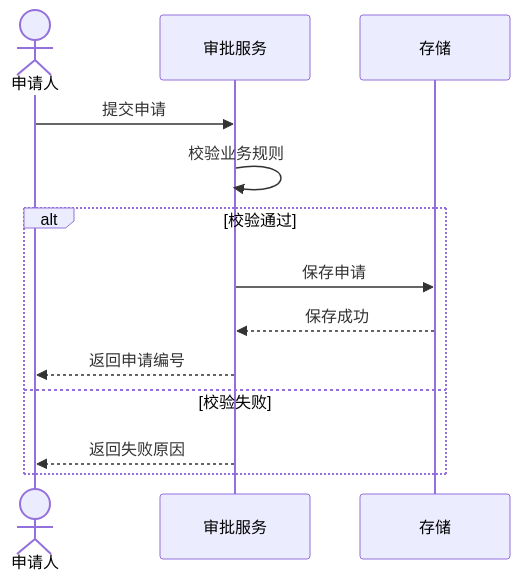
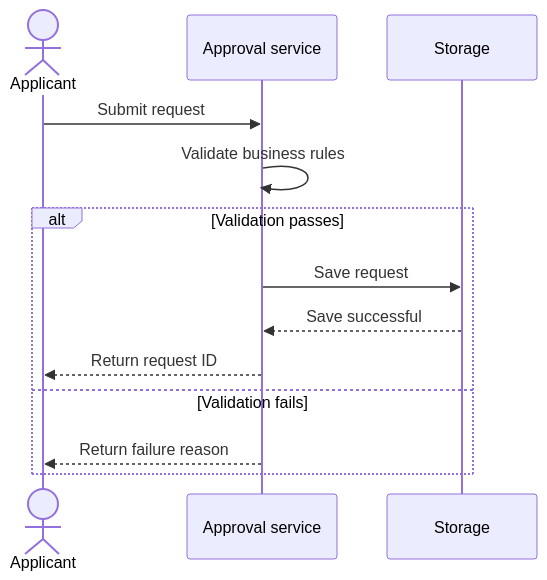
One commit to kobe8bryant24lakers/kobe-agent-kit changed the third of 5 diagrams in .agents/skills/software-design/references/views.md. Above: the diagram before and after it, drawn with Mermaid. The commit also changed other lines of this file and 9 other files, not shown here.

````diff
--- a/.agents/skills/software-design/references/views.md
+++ b/.agents/skills/software-design/references/views.md
@@ -66,15 +68,15 @@
 ```mermaid
 sequenceDiagram
-    actor Applicant as 申请人
-    participant Service as 审批服务
-    participant Store as 存储
-    Applicant->>Service: 提交申请
-    Service->>Service: 校验业务规则
-    alt 校验通过
-        Service->>Store: 保存申请
-        Store-->>Service: 保存成功
-        Service-->>Applicant: 返回申请编号
-    else 校验失败
-        Service-->>Applicant: 返回失败原因
+    actor Applicant as Applicant
+    participant Service as Approval service
+    participant Store as Storage
+    Applicant->>Service: Submit request
+    Service->>Service: Validate business rules
+    alt Validation passes
+        Service->>Store: Save request
+        Store-->>Service: Save successful
+        Service-->>Applicant: Return request ID
+    else Validation fails
+        Service-->>Applicant: Return failure reason
     end
 ```
````
